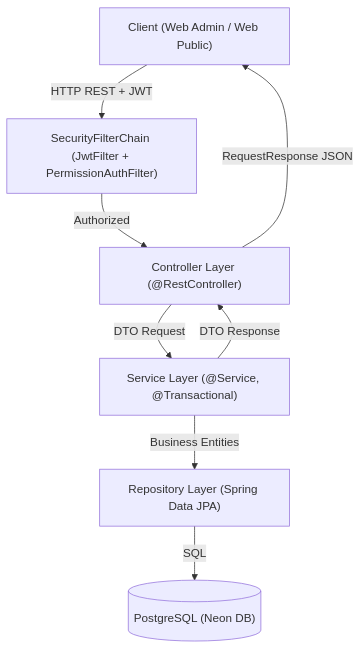
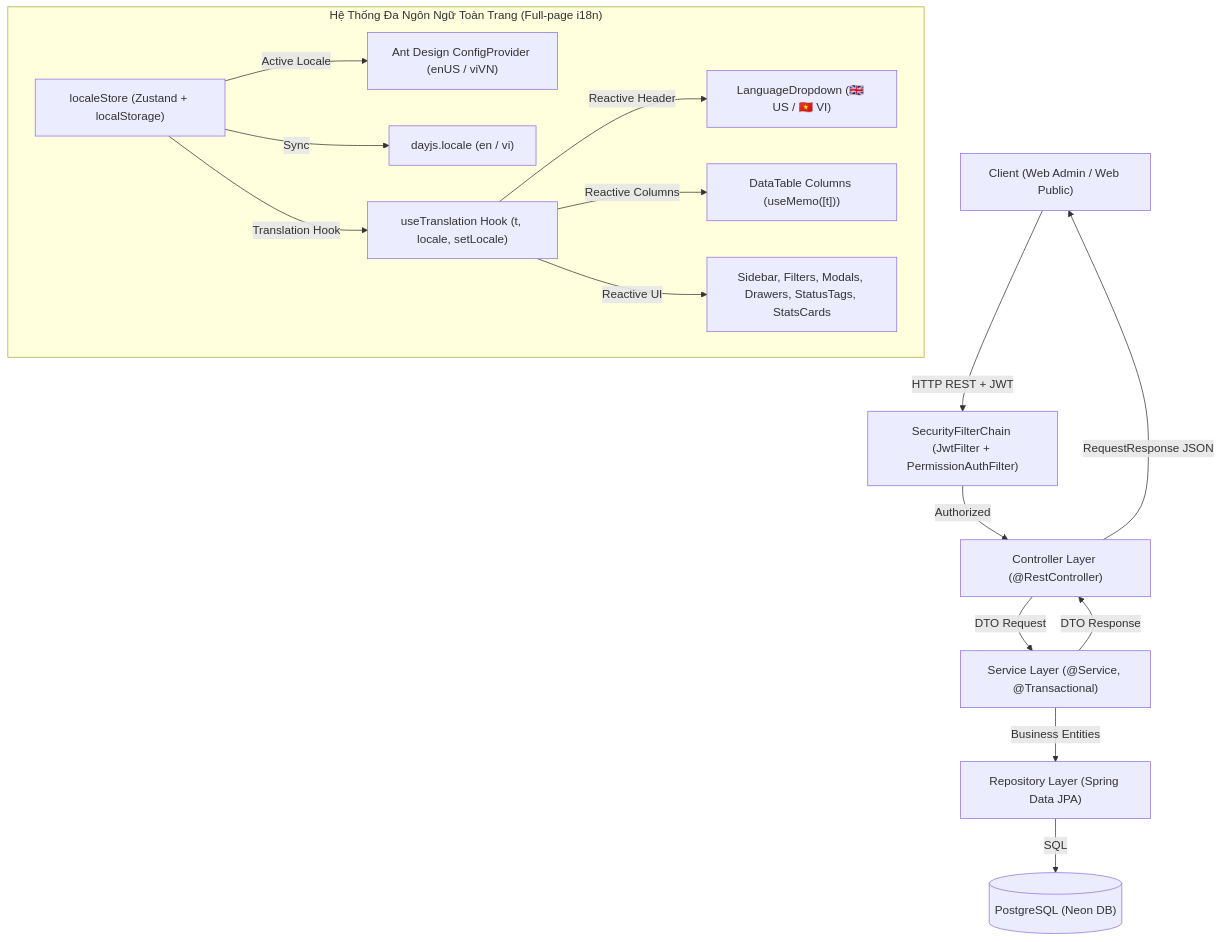
Before and after one commit to PandaBoo13/ecms_web_application: the diagram in ecms_web_admin/.trae/.trae/documents/code/flow.md, drawn with Mermaid. The commit also changed other lines of this file and 36 other files, not shown here.

````diff
--- a/ecms_web_admin/.trae/.trae/documents/code/flow.md
+++ b/ecms_web_admin/.trae/.trae/documents/code/flow.md
@@ -5,10 +5,19 @@
 ```mermaid
 flowchart TD
     Client["Client (Web Admin / Web Public)"] -->|HTTP REST + JWT| SecurityFilterChain["SecurityFilterChain (JwtFilter + PermissionAuthFilter)"]
     SecurityFilterChain -->|Authorized| Controller["Controller Layer (@RestController)"]
     Controller -->|DTO Request| Service["Service Layer (@Service, @Transactional)"]
     Service -->|Business Entities| Repository["Repository Layer (Spring Data JPA)"]
     Repository -->|SQL| Database[("PostgreSQL (Neon DB)")]
     Service -->|DTO Response| Controller
     Controller -->|RequestResponse JSON| Client
+
+    subgraph i18n ["Hệ Thống Đa Ngôn Ngữ Toàn Trang (Full-page i18n)"]
+      LocaleStore["localeStore (Zustand + localStorage)"] -->|Active Locale| ConfigProvider["Ant Design ConfigProvider (enUS / viVN)"]
+      LocaleStore -->|Sync| Dayjs["dayjs.locale (en / vi)"]
+      LocaleStore -->|Translation Hook| useTranslation["useTranslation Hook (t, locale, setLocale)"]
+      useTranslation -->|Reactive Header| HeaderDropdown["LanguageDropdown (🇬🇧 US / 🇻🇳 VI)"]
+      useTranslation -->|Reactive Columns| DataTables["DataTable Columns (useMemo([t]))"]
+      useTranslation -->|Reactive UI| Components["Sidebar, Filters, Modals, Drawers, StatusTags, StatsCards"]
+    end
 ```
````
